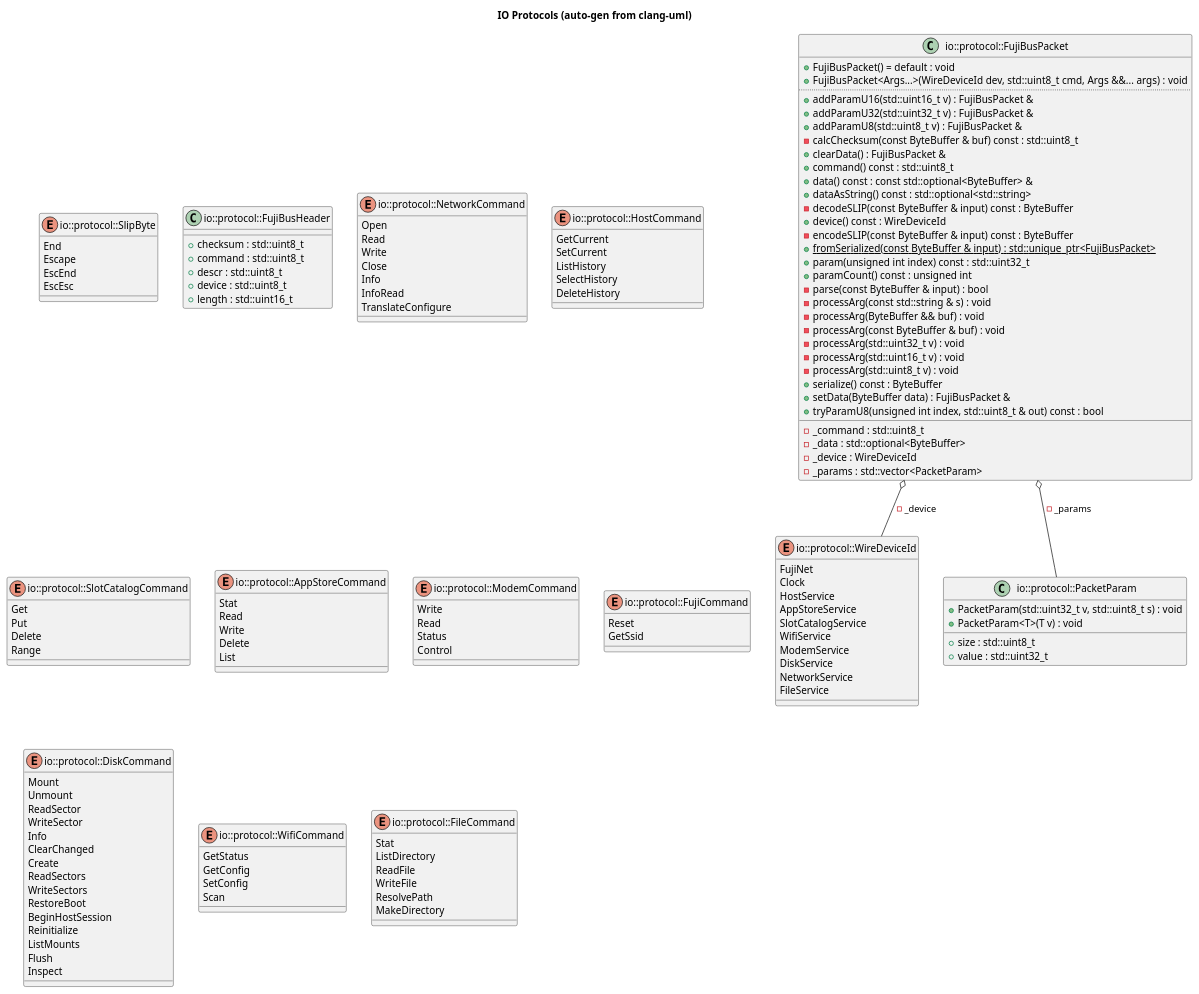
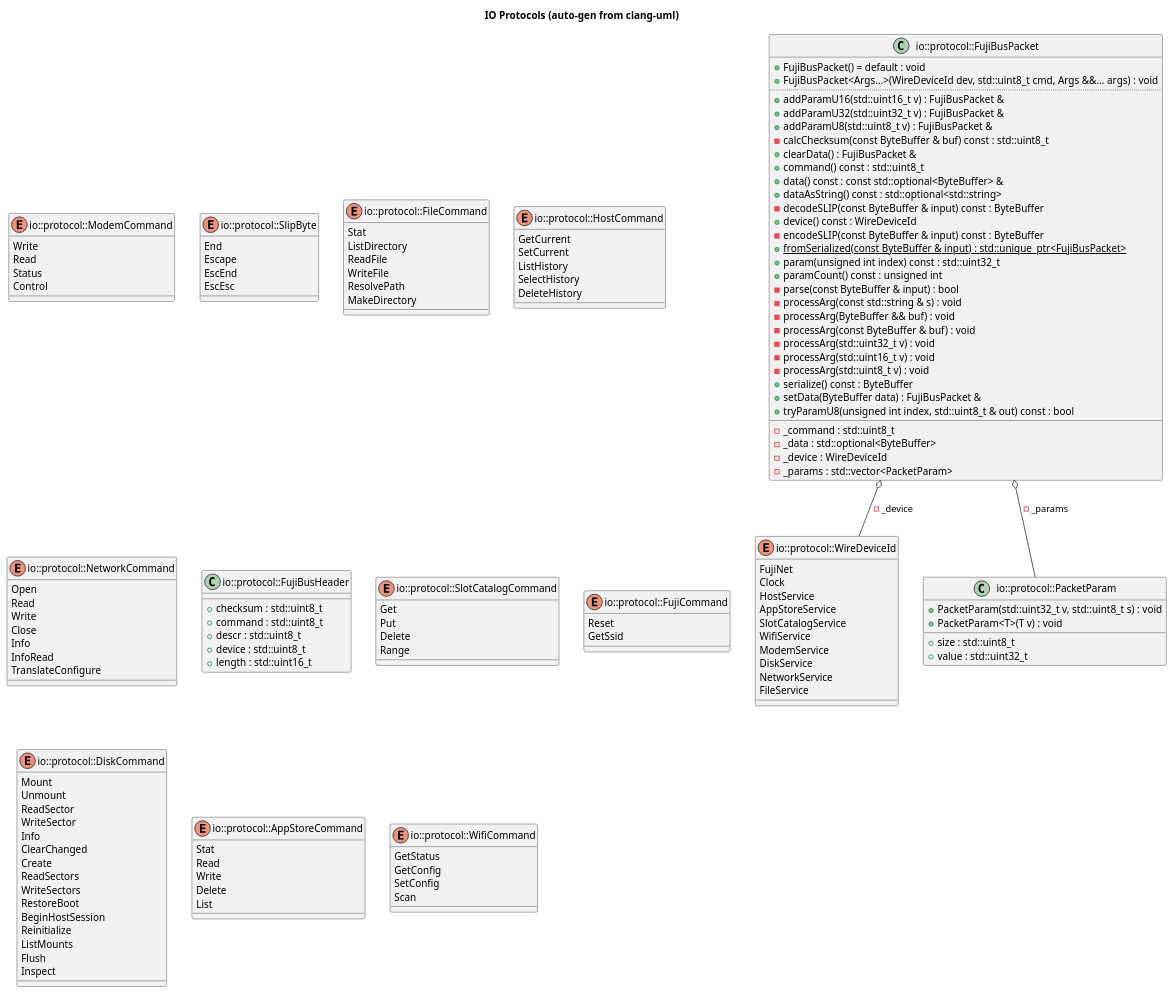
The diagram in docs/uml/gen_io_protocol.puml (markjfisher/fujinet-nio), drawn with PlantUML before and after one commit. The commit also changed other lines of this file and 9 other files, not shown here.

Commit message:
chore: update auto-generated UML diagrams

```diff
--- a/docs/uml/gen_io_protocol.puml
+++ b/docs/uml/gen_io_protocol.puml
@@ -1,159 +1,159 @@
 @startuml
 title IO Protocols (auto-gen from clang-uml)
 enum "io::protocol::WireDeviceId" as C_0015225225004340369839
 enum C_0015225225004340369839 {
 FujiNet
 Clock
 HostService
 AppStoreService
 SlotCatalogService
 WifiService
 ModemService
 DiskService
 NetworkService
 FileService
+}
+enum "io::protocol::ModemCommand" as C_0010997942004027913014
+enum C_0010997942004027913014 {
+Write
+Read
+Status
+Control
 }
 enum "io::protocol::SlipByte" as C_0010627602090167488081
 enum C_0010627602090167488081 {
 End
 Escape
 EscEnd
 EscEsc
 }
 class "io::protocol::PacketParam" as C_0003277087640557799971
 class C_0003277087640557799971 {
 +PacketParam(std::uint32_t v, std::uint8_t s) : void
 +PacketParam<T>(T v) : void
 __
 +size : std::uint8_t
 +value : std::uint32_t
 }
 class "io::protocol::FujiBusPacket" as C_0017232777488057089840
 class C_0017232777488057089840 {
 +FujiBusPacket() = default : void
 +FujiBusPacket<Args...>(WireDeviceId dev, std::uint8_t cmd, Args &&... args) : void
 ..
 +addParamU16(std::uint16_t v) : FujiBusPacket &
 +addParamU32(std::uint32_t v) : FujiBusPacket &
 +addParamU8(std::uint8_t v) : FujiBusPacket &
 -calcChecksum(const ByteBuffer & buf) const : std::uint8_t
 +clearData() : FujiBusPacket &
 +command() const : std::uint8_t
 +data() const : const std::optional<ByteBuffer> &
 +dataAsString() const : std::optional<std::string>
 -decodeSLIP(const ByteBuffer & input) const : ByteBuffer
 +device() const : WireDeviceId
 -encodeSLIP(const ByteBuffer & input) const : ByteBuffer
 {static} +fromSerialized(const ByteBuffer & input) : std::unique_ptr<FujiBusPacket>
 +param(unsigned int index) const : std::uint32_t
 +paramCount() const : unsigned int
 -parse(const ByteBuffer & input) : bool
 -processArg(const std::string & s) : void
 -processArg(ByteBuffer && buf) : void
 -processArg(const ByteBuffer & buf) : void
 -processArg(std::uint32_t v) : void
 -processArg(std::uint16_t v) : void
 -processArg(std::uint8_t v) : void
 +serialize() const : ByteBuffer
 +setData(ByteBuffer data) : FujiBusPacket &
 +tryParamU8(unsigned int index, std::uint8_t & out) const : bool
 __
 -_command : std::uint8_t
 -_data : std::optional<ByteBuffer>
 -_device : WireDeviceId
 -_params : std::vector<PacketParam>
 }
-class "io::protocol::FujiBusHeader" as C_0009954510640382192371
-class C_0009954510640382192371 {
-__
-+checksum : std::uint8_t
-+command : std::uint8_t
-+descr : std::uint8_t
-+device : std::uint8_t
-+length : std::uint16_t
+enum "io::protocol::FileCommand" as C_0003895064208135060769
+enum C_0003895064208135060769 {
+Stat
+ListDirectory
+ReadFile
+WriteFile
+ResolvePath
+MakeDirectory
+}
+enum "io::protocol::HostCommand" as C_0007123260493549580442
+enum C_0007123260493549580442 {
+GetCurrent
+SetCurrent
+ListHistory
+SelectHistory
+DeleteHistory
 }
 enum "io::protocol::NetworkCommand" as C_0007700754280455587098
 enum C_0007700754280455587098 {
 Open
 Read
 Write
 Close
 Info
 InfoRead
 TranslateConfigure
 }
-enum "io::protocol::HostCommand" as C_0007123260493549580442
-enum C_0007123260493549580442 {
-GetCurrent
-SetCurrent
-ListHistory
-SelectHistory
-DeleteHistory
+class "io::protocol::FujiBusHeader" as C_0009954510640382192371
+class C_0009954510640382192371 {
+__
++checksum : std::uint8_t
++command : std::uint8_t
++descr : std::uint8_t
++device : std::uint8_t
++length : std::uint16_t
 }
 enum "io::protocol::SlotCatalogCommand" as C_0000459409847653698260
 enum C_0000459409847653698260 {
 Get
 Put
 Delete
 Range
-}
-enum "io::protocol::AppStoreCommand" as C_0006374947442224284008
-enum C_0006374947442224284008 {
-Stat
-Read
-Write
-Delete
-List
-}
-enum "io::protocol::ModemCommand" as C_0010997942004027913014
-enum C_0010997942004027913014 {
-Write
-Read
-Status
-Control
 }
 enum "io::protocol::FujiCommand" as C_0004628219160953719395
 enum C_0004628219160953719395 {
 Reset
 GetSsid
 }
 enum "io::protocol::DiskCommand" as C_0015699043703645047876
 enum C_0015699043703645047876 {
 Mount
 Unmount
 ReadSector
 WriteSector
 Info
 ClearChanged
 Create
 ReadSectors
 WriteSectors
 RestoreBoot
 BeginHostSession
 Reinitialize
 ListMounts
 Flush
 Inspect
 }
+enum "io::protocol::AppStoreCommand" as C_0006374947442224284008
+enum C_0006374947442224284008 {
+Stat
+Read
+Write
+Delete
+List
+}
 enum "io::protocol::WifiCommand" as C_0015484389551772629797
 enum C_0015484389551772629797 {
 GetStatus
 GetConfig
 SetConfig
 Scan
 }
-enum "io::protocol::FileCommand" as C_0003895064208135060769
-enum C_0003895064208135060769 {
-Stat
-ListDirectory
-ReadFile
-WriteFile
-ResolvePath
-MakeDirectory
-}
 C_0017232777488057089840 o-- C_0015225225004340369839 : -_device
 C_0017232777488057089840 o-- C_0003277087640557799971 : -_params
 
 'Generated with clang-uml, version 0.6.3
 'LLVM version Ubuntu clang version 18.1.3 (1ubuntu1)
 @enduml
```
